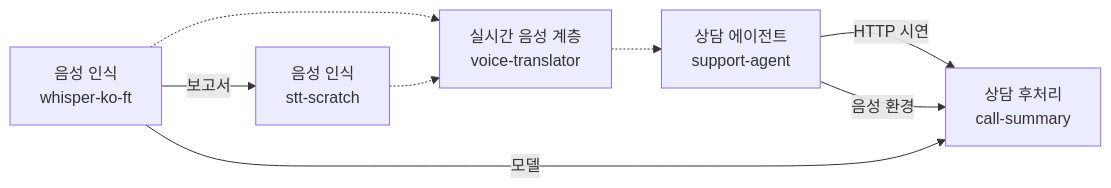
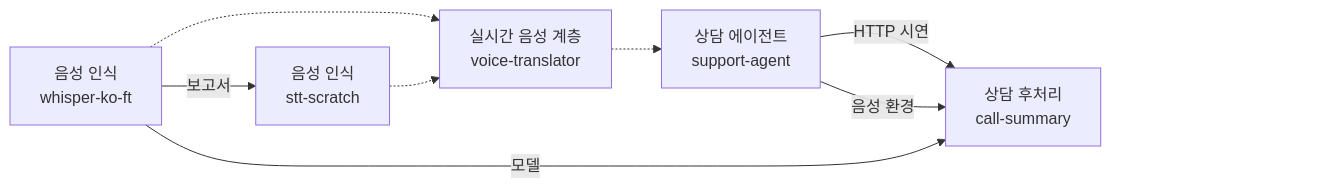
The diagram in README.md (hyeonbin123/korean-voice-ai), drawn with Mermaid before and after one commit.

Commit message:
Keep the last box of the flow diagram clear of GitHub's viewer buttons
GitHub draws the first page's flow diagram in its own viewer, which always
shows pan and zoom buttons over the bottom-right corner. At the width of the
repository home page those buttons covered part of the last box.

Two invisible, unlabelled nodes after the last box reserve that corner. The
diagram is scaled to the page width, so its text gets about a tenth smaller.

````diff
--- a/README.md
+++ b/README.md
@@ -10,15 +10,21 @@
 ```mermaid
 flowchart LR
     whisper["음성 인식<br/>whisper-ko-ft"]
     stt["음성 인식<br/>stt-scratch"]
     voice["실시간 음성 계층<br/>voice-translator"]
     agent["상담 에이전트<br/>support-agent"]
     summary["상담 후처리<br/>call-summary"]
     whisper -.-> voice
     stt -.-> voice
     voice -.-> agent
     agent -->|"HTTP 시연"| summary
     whisper -->|"보고서"| stt
     whisper -->|"모델"| summary
     agent -->|"음성 환경"| summary
+    %% GitHub가 그림 오른쪽 아래에 늘 띄우는 확대·이동 버튼이 마지막 상자를 가리지 않게, 보이지 않는 빈 칸 둘을 오른쪽에 둔다.
+    padA[" "]
+    padB[" "]
+    summary ~~~ padA ~~~ padB
+    classDef blank fill:none,stroke:none
+    class padA,padB blank
 ```
````
